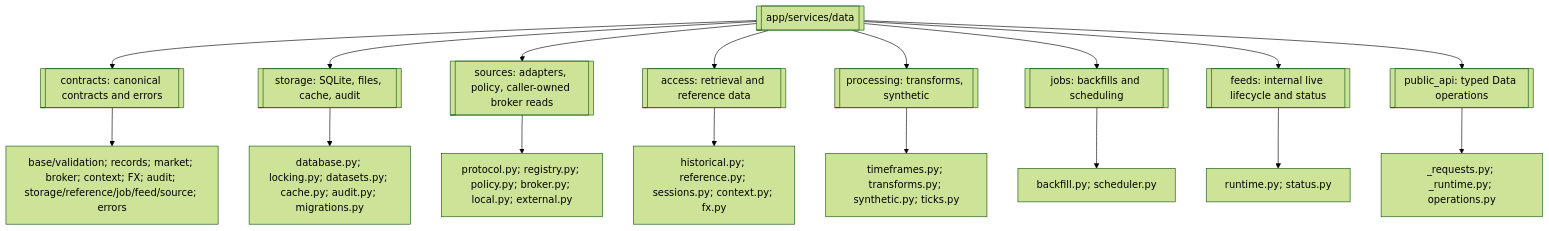
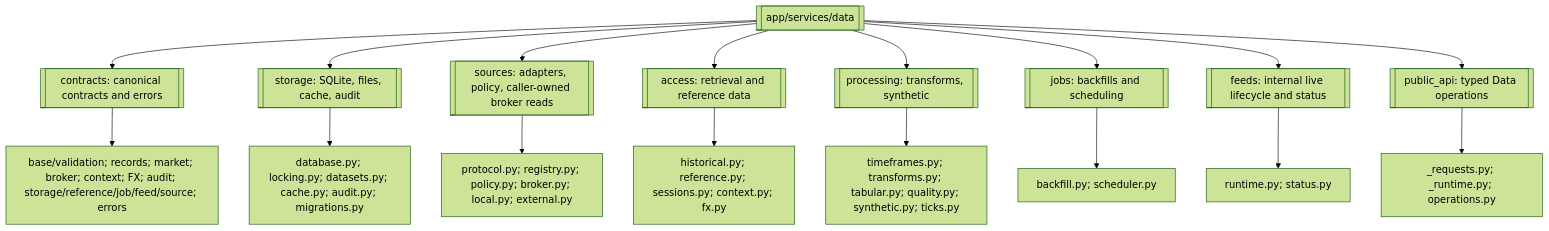
The first of 3 diagrams in app/services/data/README.md (haruperi/HaruQuantAI), drawn with Mermaid (forest theme) before and after one commit. The commit also changed other lines of this file and 389 other files, not shown here.

````diff
--- a/app/services/data/README.md
+++ b/app/services/data/README.md
@@ -157,21 +161,21 @@
 ```mermaid
 flowchart TD
     DATA[[app/services/data]]
     DATA --> CONTRACTS[[contracts: canonical contracts and errors]]
     DATA --> STORAGE[[storage: SQLite, files, cache, audit]]
     DATA --> SOURCES[[sources: adapters, policy, caller-owned broker reads]]
     DATA --> ACCESS[[access: retrieval and reference data]]
     DATA --> PROCESSING[[processing: transforms, synthetic]]
     DATA --> JOBS[[jobs: backfills and scheduling]]
     DATA --> FEEDS[[feeds: internal live lifecycle and status]]
     DATA --> API[[public_api: typed Data operations]]
 
     CONTRACTS --> CFILES[base/validation; records; market; broker; context; FX; audit; storage/reference/job/feed/source; errors]
     STORAGE --> STFILES[database.py; locking.py; datasets.py; cache.py; audit.py; migrations.py]
     SOURCES --> SOFILES[protocol.py; registry.py; policy.py; broker.py; local.py; external.py]
     ACCESS --> AFILES[historical.py; reference.py; sessions.py; context.py; fx.py]
-    PROCESSING --> PFILES[timeframes.py; transforms.py; synthetic.py; ticks.py]
+    PROCESSING --> PFILES[timeframes.py; transforms.py; tabular.py; quality.py; synthetic.py; ticks.py]
     JOBS --> JFILES[backfill.py; scheduler.py]
     FEEDS --> FFILES[runtime.py; status.py]
     API --> APIFILES[_requests.py; _runtime.py; operations.py]
 ```
````
